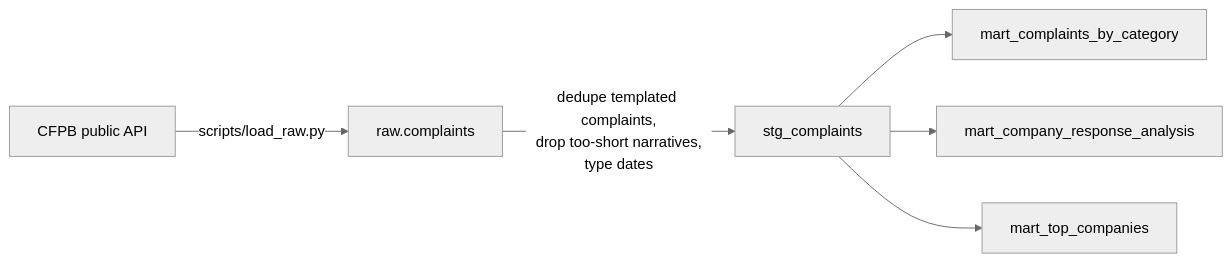
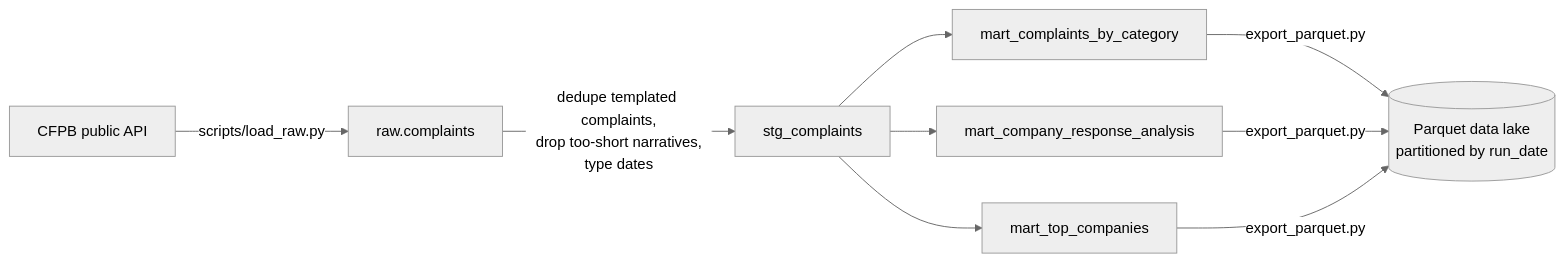
The diagram in pipeline/README.md (saijignas/Consumer-Complaint-Analytics), drawn with Mermaid (neutral theme) before and after one commit. The commit also changed other lines of this file and 9 other files, not shown here.

First line of the commit message:
Add Airflow orchestration and Parquet data lake export to the pipeline

````diff
--- a/pipeline/README.md
+++ b/pipeline/README.md
@@ -18,8 +18,9 @@
 ```mermaid
 flowchart LR
     API[CFPB public API] -->|scripts/load_raw.py| RAW[raw.complaints]
     RAW -->|dedupe templated complaints,\ndrop too-short narratives,\ntype dates| STG[stg_complaints]
     STG --> M1[mart_complaints_by_category]
     STG --> M2[mart_company_response_analysis]
     STG --> M3[mart_top_companies]
+    M1 & M2 & M3 -->|export_parquet.py| LAKE[(Parquet data lake\npartitioned by run_date)]
 ```
````
